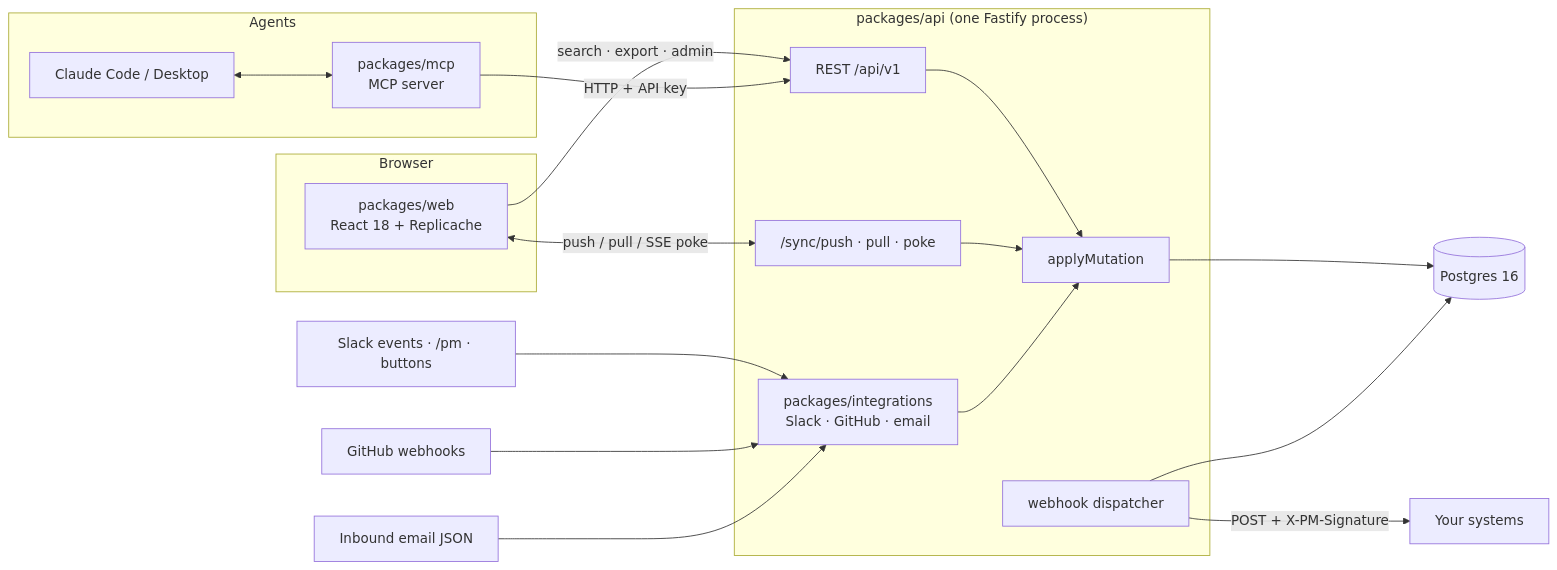
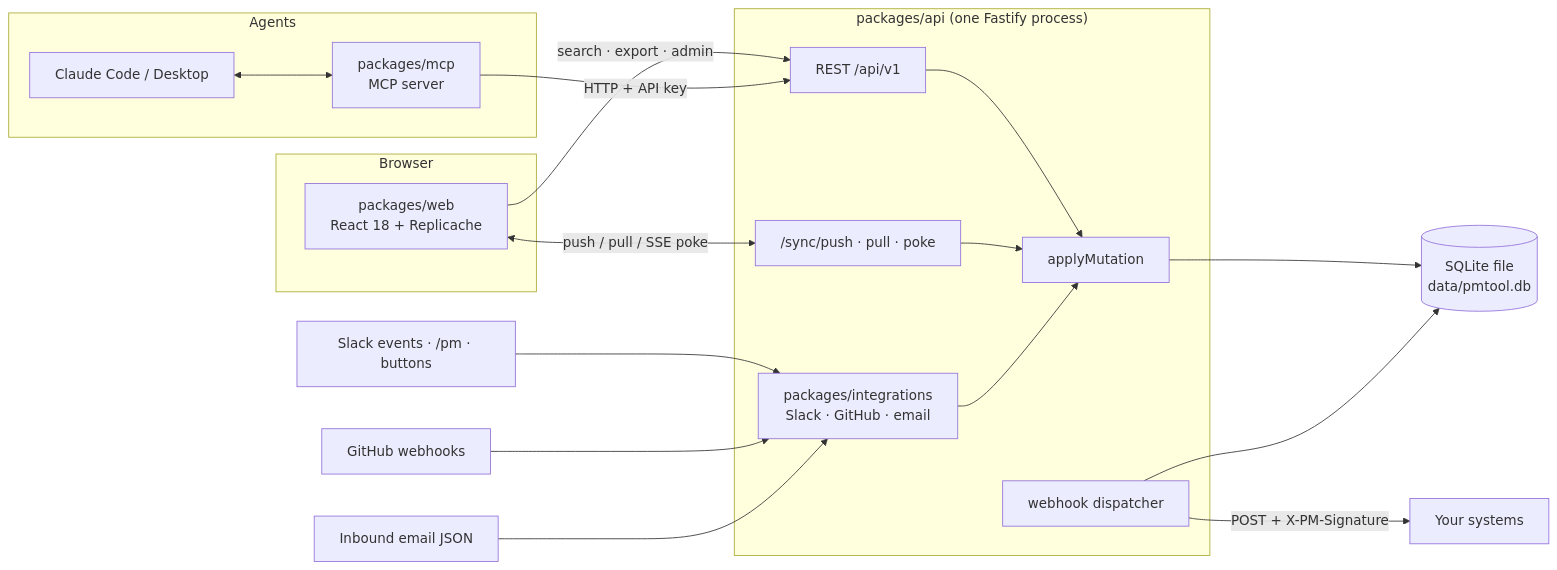
Before and after one commit to jamjorf/pm-tool: the diagram in wiki/Home.md, drawn with Mermaid. The commit also changed other lines of this file and 19 other files, not shown here.

````diff
--- a/wiki/Home.md
+++ b/wiki/Home.md
@@ -24,32 +24,32 @@
 ```mermaid
 flowchart LR
     subgraph Browser
         WEB["packages/web<br/>React 18 + Replicache"]
     end
     subgraph Agents
         CC["Claude Code / Desktop"]
         MCP["packages/mcp<br/>MCP server"]
         CC <--> MCP
     end
     subgraph Server["packages/api (one Fastify process)"]
         REST["REST /api/v1"]
         SYNC["/sync/push · pull · poke"]
         MUT["applyMutation"]
         INT["packages/integrations<br/>Slack · GitHub · email"]
         WH["webhook dispatcher"]
     end
-    PG[(Postgres 16)]
+    DB[(SQLite file<br/>data/pmtool.db)]
 
     WEB <-->|push / pull / SSE poke| SYNC
     WEB -->|search · export · admin| REST
     MCP -->|HTTP + API key| REST
     REST --> MUT
     SYNC --> MUT
     INT --> MUT
-    MUT --> PG
-    WH --> PG
+    MUT --> DB
+    WH --> DB
     WH -->|POST + X-PM-Signature| EXT["Your systems"]
     SL["Slack events · /pm · buttons"] --> INT
     GH["GitHub webhooks"] --> INT
     EM["Inbound email JSON"] --> INT
 ```
````
